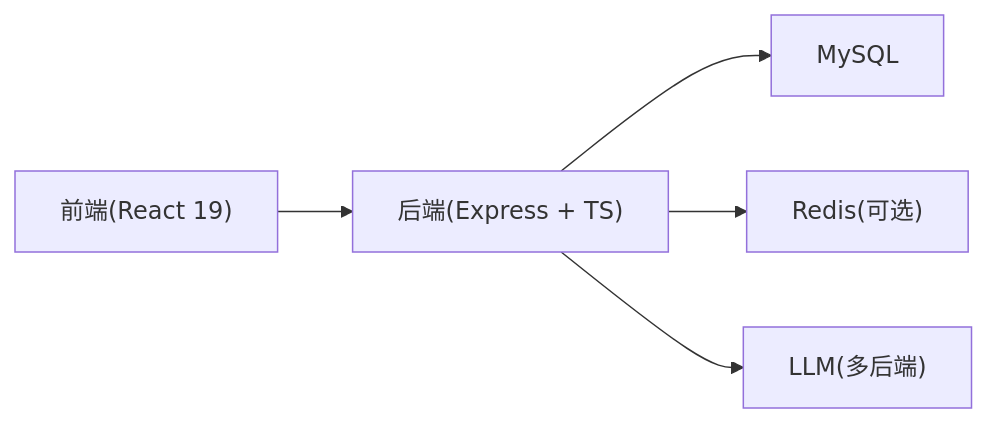
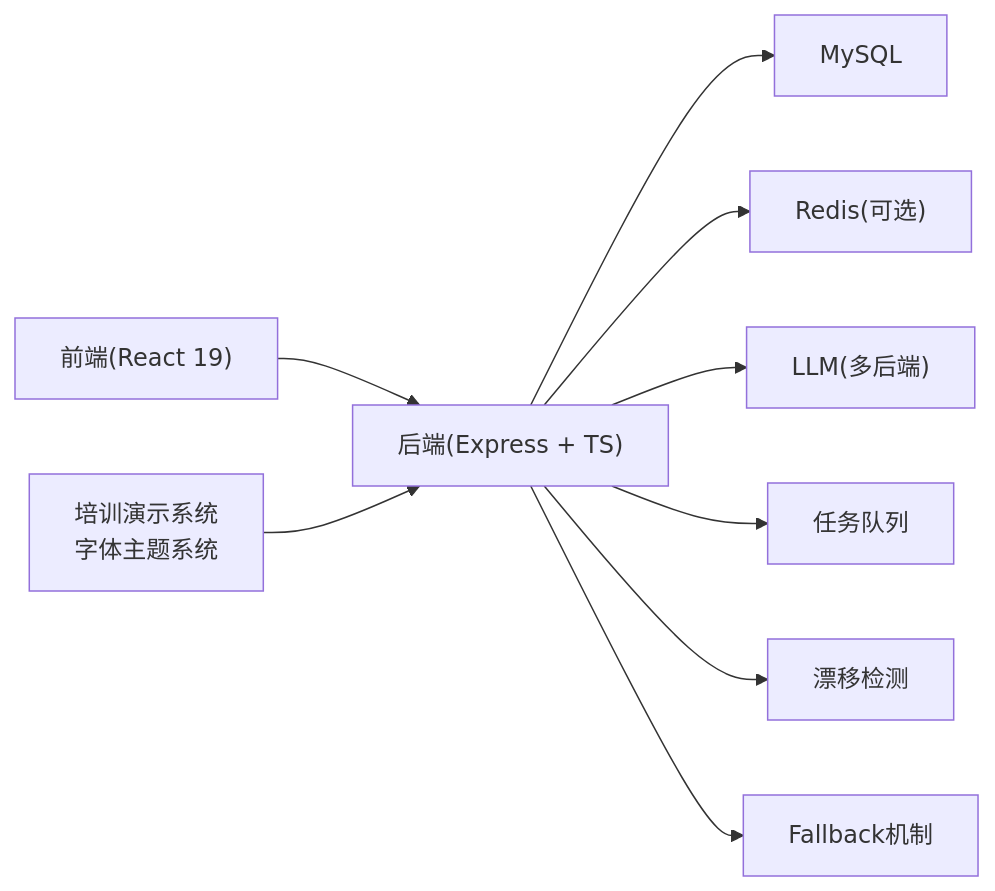
Before and after one commit to dgjin/smart-data-analytics: diagram 16 of 17 in .qoder/repowiki/zh/content/项目概述/技术架构概览.md, drawn with Mermaid. The commit also changed other lines of this file and 100 other files, not shown here.

````diff
--- a/.qoder/repowiki/zh/content/项目概述/技术架构概览.md
+++ b/.qoder/repowiki/zh/content/项目概述/技术架构概览.md
@@ -341,7 +660,11 @@
 ```mermaid
 graph LR
 FE["前端(React 19)"] --> BE["后端(Express + TS)"]
+Training["培训演示系统<br/>字体主题系统"] --> BE
 BE --> DB["MySQL"]
 BE --> Cache["Redis(可选)"]
 BE --> LLM["LLM(多后端)"]
+BE --> TaskQueue["任务队列"]
+BE --> Drift["漂移检测"]
+BE --> Fallback["Fallback机制"]
 ```
````
